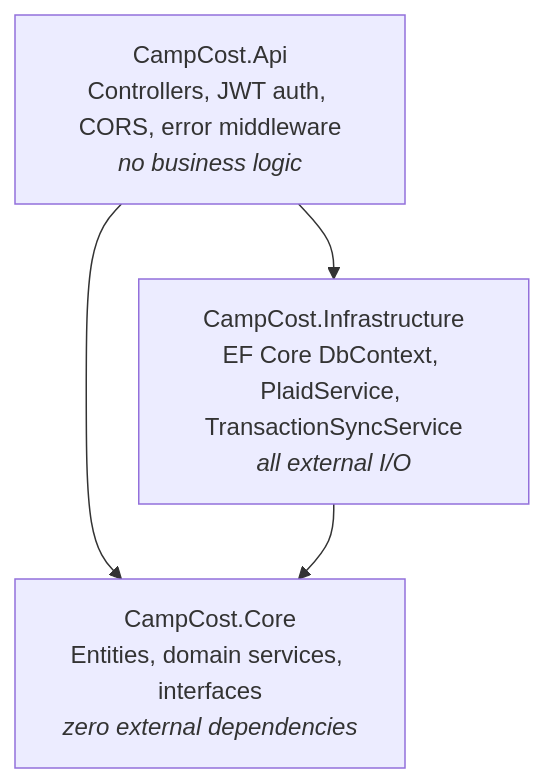
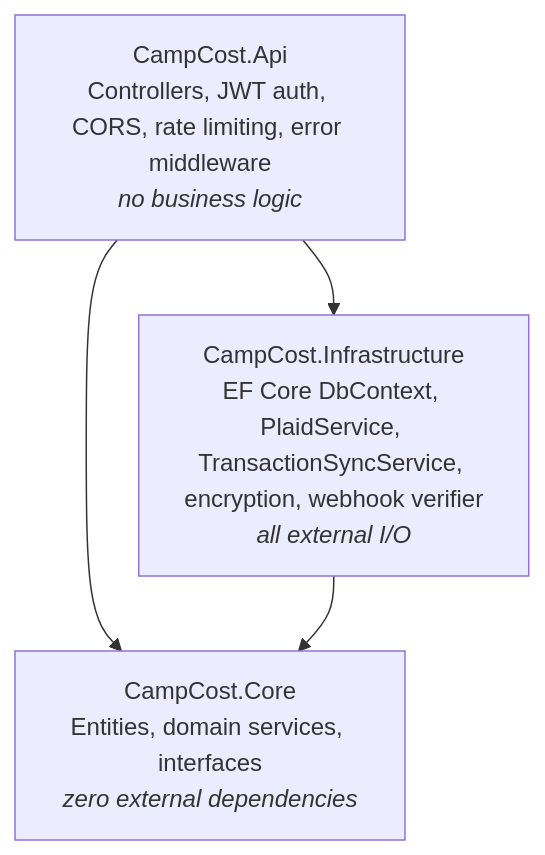
Before and after one commit to MasonScarby/campcost-net: the diagram in README.md, drawn with Mermaid. The commit also changed other lines of this file, not shown here.

````diff
--- a/README.md
+++ b/README.md
@@ -23,9 +25,9 @@
 ```mermaid
 graph TD
-    Api["CampCost.Api<br/>Controllers, JWT auth, CORS, error middleware<br/><i>no business logic</i>"]
-    Infra["CampCost.Infrastructure<br/>EF Core DbContext, PlaidService, TransactionSyncService<br/><i>all external I/O</i>"]
+    Api["CampCost.Api<br/>Controllers, JWT auth, CORS, rate limiting, error middleware<br/><i>no business logic</i>"]
+    Infra["CampCost.Infrastructure<br/>EF Core DbContext, PlaidService, TransactionSyncService, encryption, webhook verifier<br/><i>all external I/O</i>"]
     Core["CampCost.Core<br/>Entities, domain services, interfaces<br/><i>zero external dependencies</i>"]
     Api --> Infra
     Api --> Core
     Infra --> Core
 ```
````
